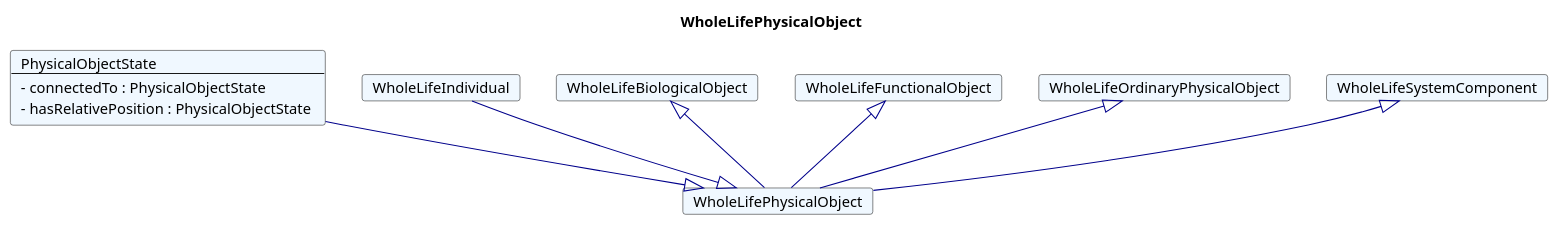
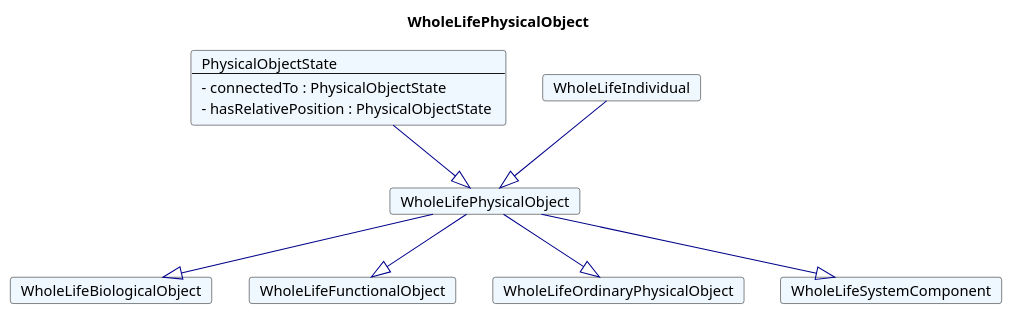
Before and after one commit to rtigran/rdf2adoc: the diagram in fragments/puml/WholeLifePhysicalObject.plantuml, drawn with PlantUML. The commit also changed 111 other files, not shown here.

Commit message:
fix for diagram plantuml, diagram generartion switchded off

```diff
--- a/fragments/puml/WholeLifePhysicalObject.plantuml
+++ b/fragments/puml/WholeLifePhysicalObject.plantuml
@@ -1,34 +1,34 @@
 @startuml
 Title WholeLifePhysicalObject 
 
 Card WholeLifePhysicalObject #F0F8FF [
 WholeLifePhysicalObject
 ]
 Card PhysicalObjectState #F0F8FF [
 PhysicalObjectState
 ----
 - connectedTo : PhysicalObjectState 
 - hasRelativePosition : PhysicalObjectState 
 ]
 PhysicalObjectState --|> WholeLifePhysicalObject  #00008B 
 Card WholeLifeIndividual #F0F8FF [
 WholeLifeIndividual
 ]
 WholeLifeIndividual --|> WholeLifePhysicalObject  #00008B 
 Card WholeLifeBiologicalObject #F0F8FF [
 WholeLifeBiologicalObject
 ]
-WholeLifeBiologicalObject <|-- WholeLifePhysicalObject  #00008B 
+WholeLifePhysicalObject --|> WholeLifeBiologicalObject  #00008B 
 Card WholeLifeFunctionalObject #F0F8FF [
 WholeLifeFunctionalObject
 ]
-WholeLifeFunctionalObject <|-- WholeLifePhysicalObject  #00008B 
+WholeLifePhysicalObject --|> WholeLifeFunctionalObject  #00008B 
 Card WholeLifeOrdinaryPhysicalObject #F0F8FF [
 WholeLifeOrdinaryPhysicalObject
 ]
-WholeLifeOrdinaryPhysicalObject <|-- WholeLifePhysicalObject  #00008B 
+WholeLifePhysicalObject --|> WholeLifeOrdinaryPhysicalObject  #00008B 
 Card WholeLifeSystemComponent #F0F8FF [
 WholeLifeSystemComponent
 ]
-WholeLifeSystemComponent <|-- WholeLifePhysicalObject  #00008B 
+WholeLifePhysicalObject --|> WholeLifeSystemComponent  #00008B 
 @enduml
```
